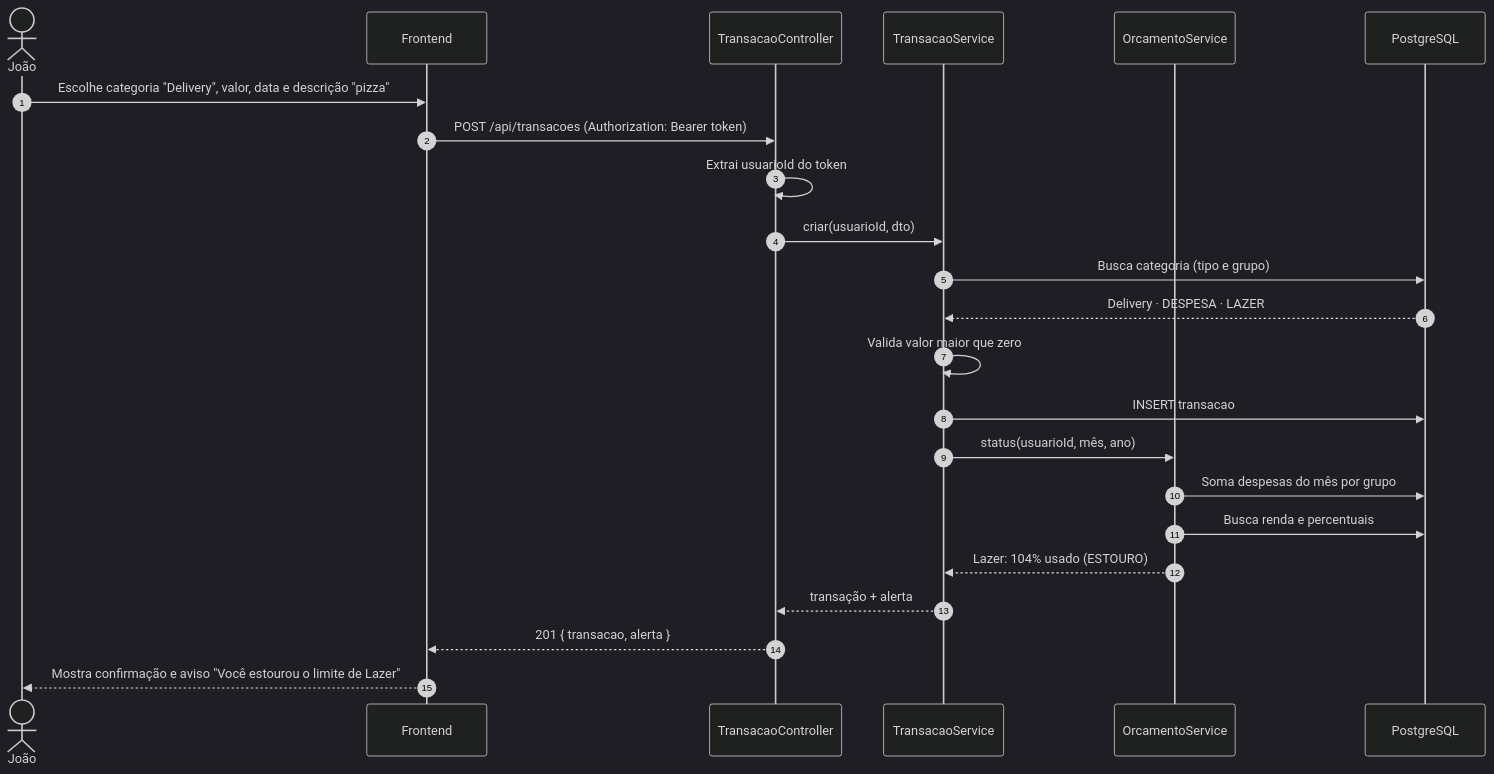
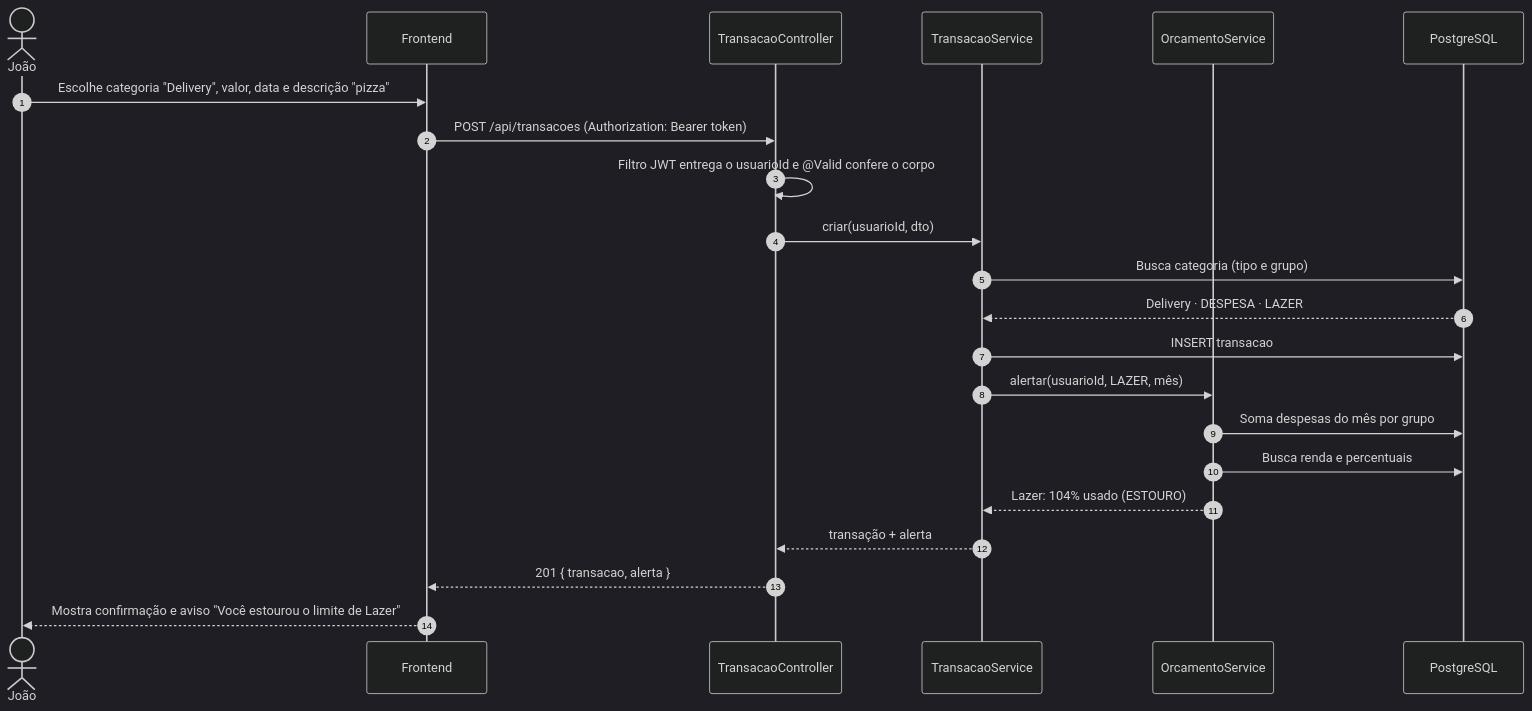
Before and after one commit to jmarcosvm/IFO-Organizador-Financeiro: the fourth of 12 diagrams in docs/05-diagramas.md, drawn with Mermaid (dark theme). The commit also changed other lines of this file and 7 other files, not shown here.

Commit message:
docs: corrige diagramas e atualiza o PDF do seminário (R5 parte 4)

````diff
--- a/docs/05-diagramas.md
+++ b/docs/05-diagramas.md
@@ -205,26 +236,25 @@
 ```mermaid
 sequenceDiagram
     autonumber
     actor J as João
     participant FE as Frontend
     participant TC as TransacaoController
     participant TS as TransacaoService
     participant OS as OrcamentoService
     participant DB as PostgreSQL
 
     J->>FE: Escolhe categoria "Delivery", valor, data e descrição "pizza"
     FE->>TC: POST /api/transacoes (Authorization: Bearer token)
-    TC->>TC: Extrai usuarioId do token
+    TC->>TC: Filtro JWT entrega o usuarioId e @Valid confere o corpo
     TC->>TS: criar(usuarioId, dto)
     TS->>DB: Busca categoria (tipo e grupo)
     DB-->>TS: Delivery · DESPESA · LAZER
-    TS->>TS: Valida valor maior que zero
     TS->>DB: INSERT transacao
-    TS->>OS: status(usuarioId, mês, ano)
+    TS->>OS: alertar(usuarioId, LAZER, mês)
     OS->>DB: Soma despesas do mês por grupo
     OS->>DB: Busca renda e percentuais
     OS-->>TS: Lazer: 104% usado (ESTOURO)
     TS-->>TC: transação + alerta
     TC-->>FE: 201 { transacao, alerta }
     FE-->>J: Mostra confirmação e aviso "Você estourou o limite de Lazer"
 ```
````
